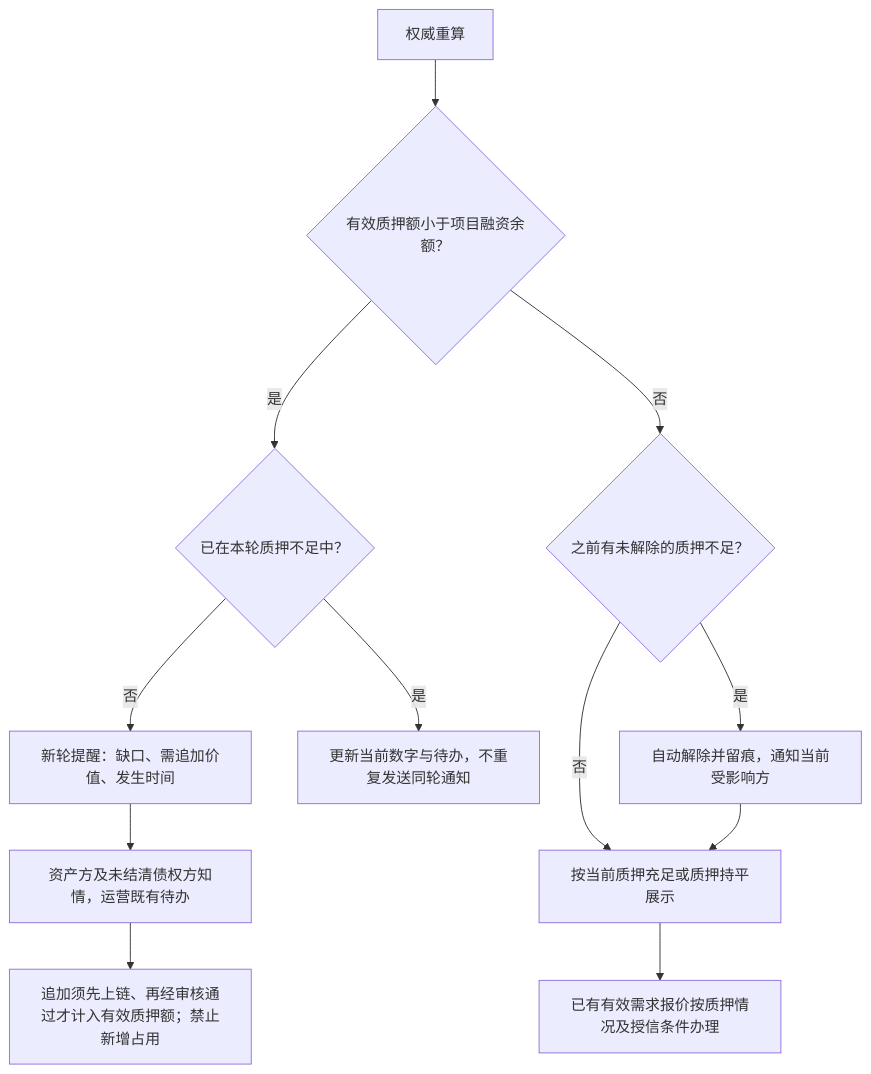
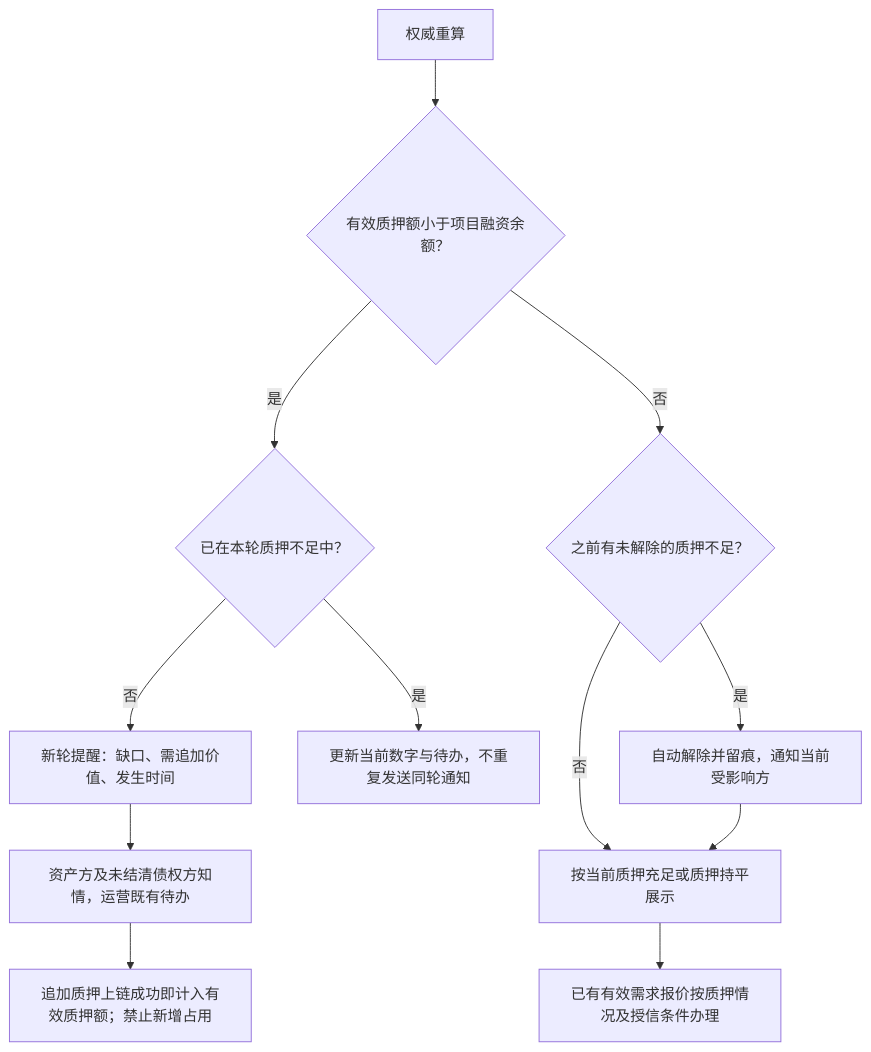
The sixth of 9 diagrams in lending-platform/PRD/面客端/05-借贷广场-融资需求与代币质押/02-融资需求与代币质押-流程图与状态机.md (wxblockchain/Chain-Financing), drawn with Mermaid before and after one commit. The commit also changed other lines of this file and 28 other files, not shown here.

````diff
--- a/lending-platform/PRD/面客端/05-借贷广场-融资需求与代币质押/02-融资需求与代币质押-流程图与状态机.md
+++ b/lending-platform/PRD/面客端/05-借贷广场-融资需求与代币质押/02-融资需求与代币质押-流程图与状态机.md
@@ -155,14 +147,14 @@
 ```mermaid
 flowchart TD
   A[权威重算] --> B{有效质押额小于项目融资余额？}
   B -- 是 --> C{已在本轮质押不足中？}
   C -- 否 --> D[新轮提醒：缺口、需追加价值、发生时间]
   D --> E[资产方及未结清债权方知情，运营既有待办]
-  E --> F[追加须先上链、再经审核通过才计入有效质押额；禁止新增占用]
+  E --> F[追加质押上链成功即计入有效质押额；禁止新增占用]
   C -- 是 --> G[更新当前数字与待办，不重复发送同轮通知]
   B -- 否 --> H{之前有未解除的质押不足？}
   H -- 是 --> I[自动解除并留痕，通知当前受影响方]
   H -- 否 --> J[按当前质押充足或质押持平展示]
   I --> J
   J --> K[已有有效需求报价按质押情况及授信条件办理]
 ```
````
